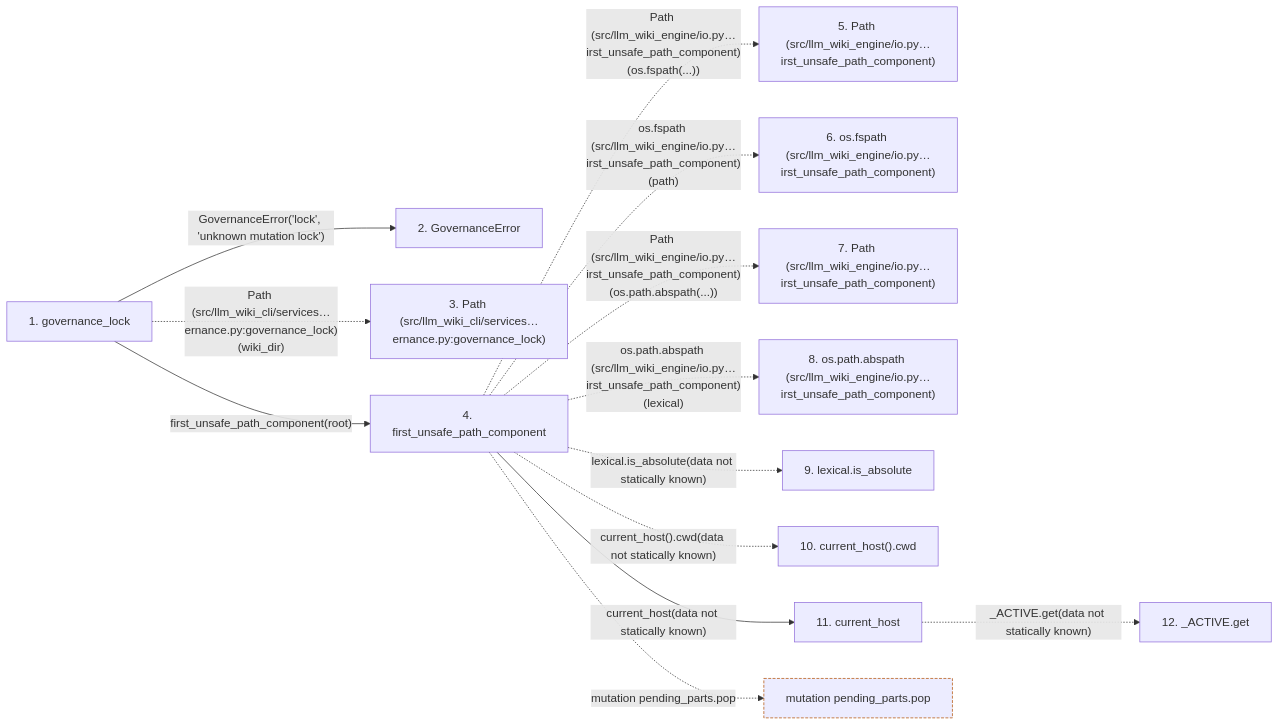
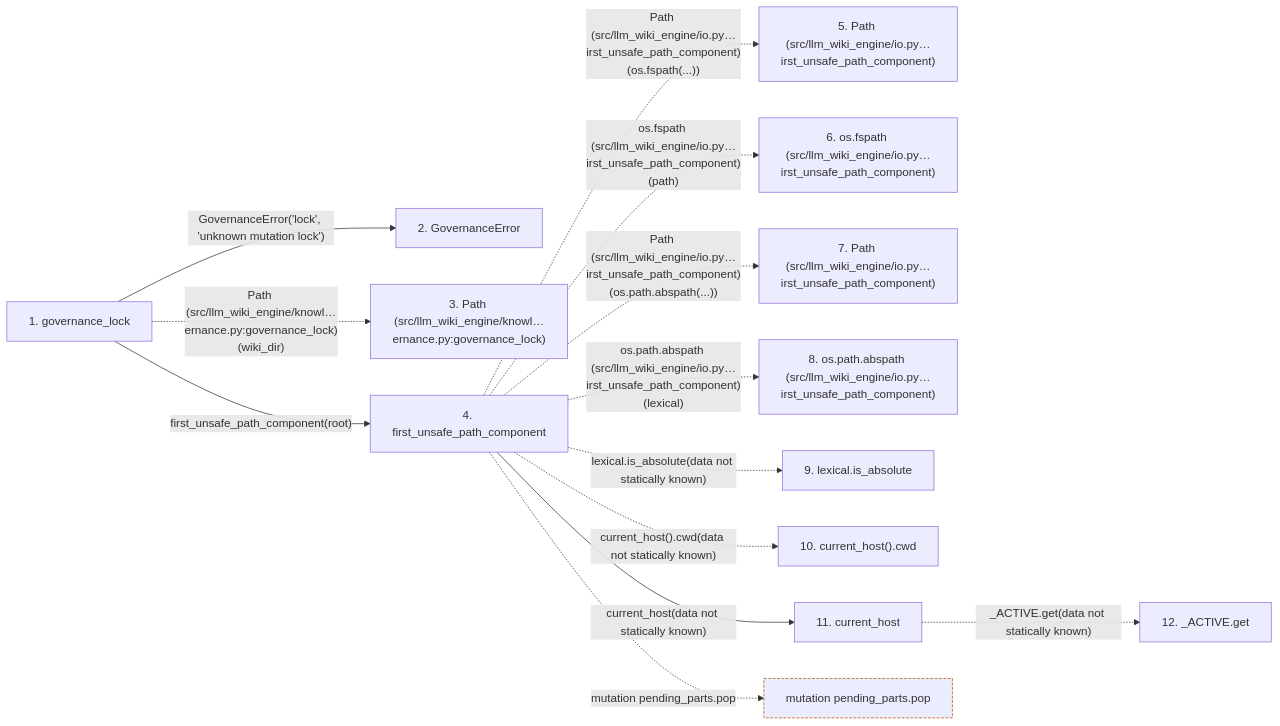
Before and after one commit to Denissvgn/python-wiki-llm: the second of 2 diagrams in docs/llm_wiki/flows/api-governance_lock.md, drawn with Mermaid. The commit also changed other lines of this file and 1058 other files, not shown here.

````diff
--- a/docs/llm_wiki/flows/api-governance_lock.md
+++ b/docs/llm_wiki/flows/api-governance_lock.md
@@ -120,34 +120,34 @@
 ```mermaid
 flowchart LR
     s1["1. governance_lock"]
     s2["2. GovernanceError"]
-    s3["3. Path (src/llm_wiki_cli/services…ernance.py:governance_lock)"]
+    s3["3. Path (src/llm_wiki_engine/knowl…ernance.py:governance_lock)"]
     s4["4. first_unsafe_path_component"]
     s5["5. Path (src/llm_wiki_engine/io.py…irst_unsafe_path_component)"]
     s6["6. os.fspath (src/llm_wiki_engine/io.py…irst_unsafe_path_component)"]
     s7["7. Path (src/llm_wiki_engine/io.py…irst_unsafe_path_component)"]
     s8["8. os.path.abspath (src/llm_wiki_engine/io.py…irst_unsafe_path_component)"]
     s9["9. lexical.is_absolute"]
     s10["10. current_host().cwd"]
     s11["11. current_host"]
     s12["12. _ACTIVE.get"]
     s1 -->|"GovernanceError('lock', 'unknown mutation lock')"| s2
-    s1 -. "Path (src/llm_wiki_cli/services…ernance.py:governance_lock)(wiki_dir)" .-> s3
+    s1 -. "Path (src/llm_wiki_engine/knowl…ernance.py:governance_lock)(wiki_dir)" .-> s3
     s1 -->|"first_unsafe_path_component(root)"| s4
     s4 -. "Path (src/llm_wiki_engine/io.py…irst_unsafe_path_component)(os.fspath(...))" .-> s5
     s4 -. "os.fspath (src/llm_wiki_engine/io.py…irst_unsafe_path_component)(path)" .-> s6
     s4 -. "Path (src/llm_wiki_engine/io.py…irst_unsafe_path_component)(os.path.abspath(...))" .-> s7
     s4 -. "os.path.abspath (src/llm_wiki_engine/io.py…irst_unsafe_path_component)(lexical)" .-> s8
     s4 -. "lexical.is_absolute(data not statically known)" .-> s9
     s4 -. "current_host().cwd(data not statically known)" .-> s10
     s4 -->|"current_host(data not statically known)"| s11
     s11 -. "_ACTIVE.get(data not statically known)" .-> s12
     b0["mutation pending_parts.pop"]
     s4 -. "mutation pending_parts.pop" .-> b0
     click s1 "../modules/knowledge_governance.md"
     click s2 "../modules/knowledge_governance.md"
     click s4 "../modules/io.md"
     click s11 "../modules/host.md"
     classDef boundary stroke:#b45309,stroke-dasharray: 4 2
     class b0 boundary
 ```
````
